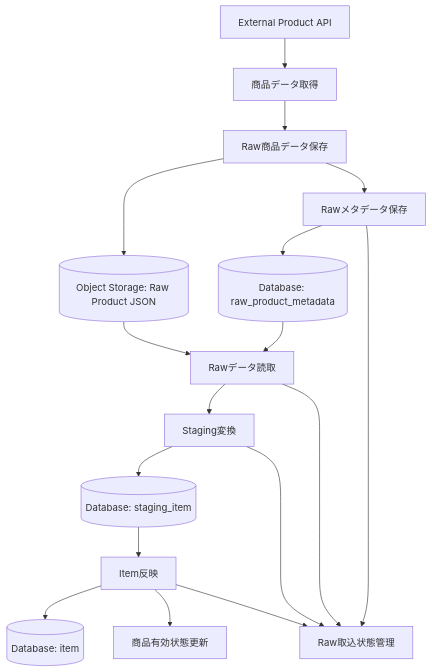
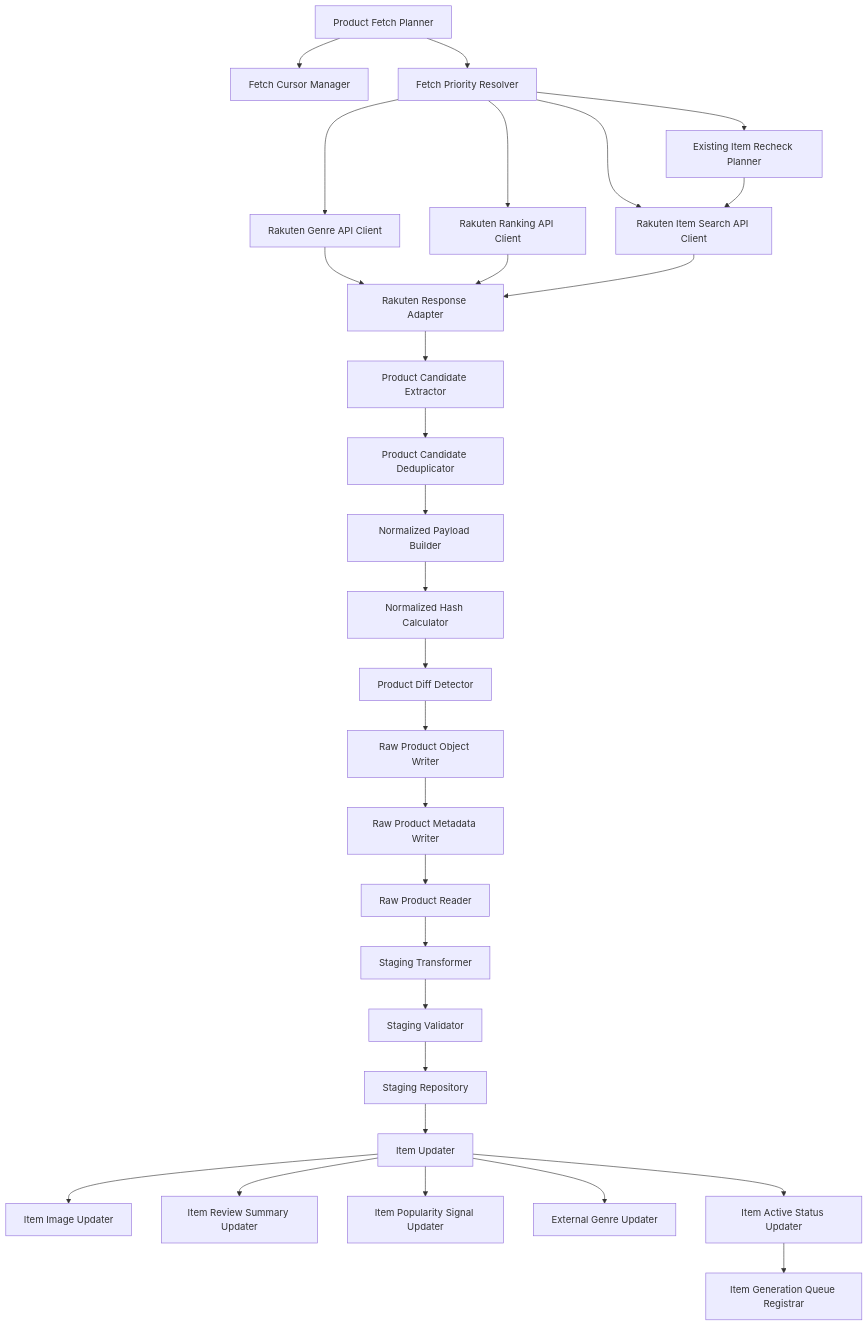
Before and after one commit to ryo-chan-k6/GiftRecommendAPP_MVP_CYCLE_3: the second of 3 diagrams in docs/05_アプリケーション設計/アプリ/モジュール一覧.md, drawn with Mermaid. The commit also changed other lines of this file, not shown here.

````diff
--- a/docs/05_アプリケーション設計/アプリ/モジュール一覧.md
+++ b/docs/05_アプリケーション設計/アプリ/モジュール一覧.md
@@ -338,19 +453,36 @@
 ```mermaid
 flowchart TD
-    A[External Product API] --> B[商品データ取得]
-    B --> C[Raw商品データ保存]
-    C --> D[(Object Storage: Raw Product JSON)]
-    C --> E[Rawメタデータ保存]
-    E --> F[(Database: raw_product_metadata)]
-    F --> G[Rawデータ読取]
-    D --> G
-    G --> H[Staging変換]
-    H --> I[(Database: staging_item)]
-    I --> J[Item反映]
-    J --> K[(Database: item)]
-    J --> L[商品有効状態更新]
-    E --> M[Raw取込状態管理]
-    G --> M
-    H --> M
-    J --> M
+    A[Product Fetch Planner] --> B[Fetch Cursor Manager]
+    A --> C[Fetch Priority Resolver]
+
+    C --> D[Rakuten Genre API Client]
+    C --> E[Rakuten Ranking API Client]
+    C --> F[Rakuten Item Search API Client]
+    C --> G[Existing Item Recheck Planner]
+
+    D --> H[Rakuten Response Adapter]
+    E --> H
+    F --> H
+    G --> F
+
+    H --> I[Product Candidate Extractor]
+    I --> J[Product Candidate Deduplicator]
+    J --> K[Normalized Payload Builder]
+    K --> L[Normalized Hash Calculator]
+    L --> M[Product Diff Detector]
+
+    M --> N[Raw Product Object Writer]
+    N --> O[Raw Product Metadata Writer]
+    O --> P[Raw Product Reader]
+    P --> Q[Staging Transformer]
+    Q --> R[Staging Validator]
+    R --> S[Staging Repository]
+
+    S --> T[Item Updater]
+    T --> U[Item Image Updater]
+    T --> V[Item Review Summary Updater]
+    T --> W[Item Popularity Signal Updater]
+    T --> X[External Genre Updater]
+    T --> Y[Item Active Status Updater]
+    Y --> Z[Item Generation Queue Registrar]
 ```
````
